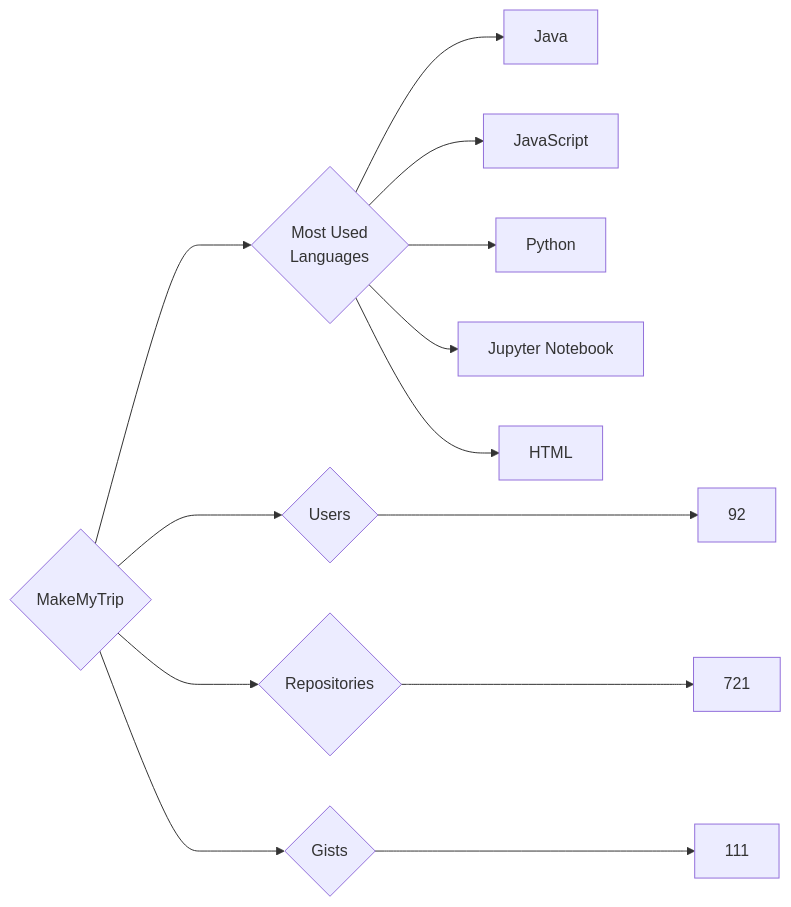
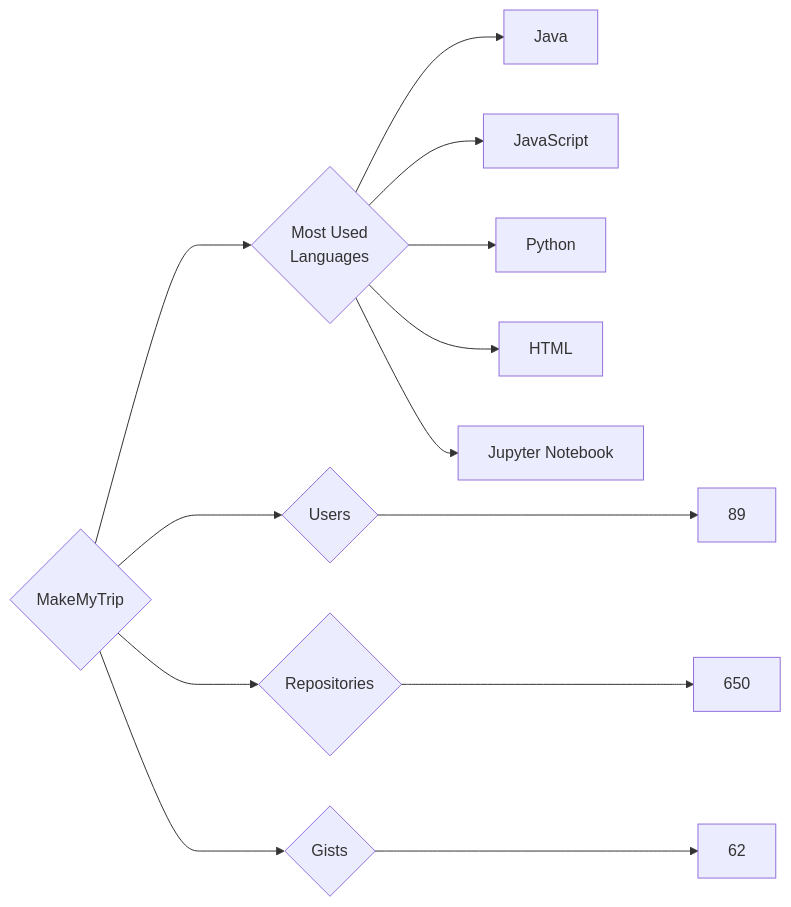
One commit to trickest/insiders changed the diagram in targets/MakeMyTrip/README.md. Above: the diagram before and after it, drawn with Mermaid. The commit also changed 695 other files, not shown here.

````diff
--- a/targets/MakeMyTrip/README.md
+++ b/targets/MakeMyTrip/README.md
@@ -3,13 +3,13 @@
 ```mermaid
 graph LR
 COMPANY_NAME{MakeMyTrip}
-COMPANY_NAME ---> U{Users} ---> UN[92]
-COMPANY_NAME ---> R{Repositories} ---> RN[721]
-COMPANY_NAME ---> G{Gists} ---> GN[111]
+COMPANY_NAME ---> U{Users} ---> UN[89]
+COMPANY_NAME ---> R{Repositories} ---> RN[650]
+COMPANY_NAME ---> G{Gists} ---> GN[62]
 COMPANY_NAME ---> ML{Most Used<br>Languages}
 ML --> Java[Java]
 ML --> JavaScript[JavaScript]
 ML --> Python[Python]
+ML --> HTML[HTML]
 ML --> Jupyter_Notebook[Jupyter Notebook]
-ML --> HTML[HTML]
 ```
````
